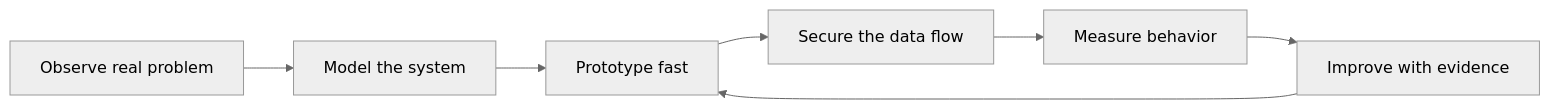
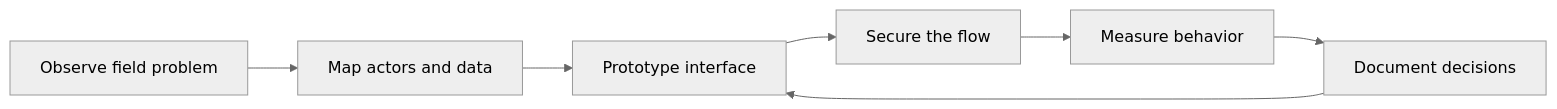
The diagram in README.md (WILLIAMMDN/WILLIAMMDN), drawn with Mermaid (neutral theme) before and after one commit. The commit also changed other lines of this file and 13 other files, not shown here.

````diff
--- a/README.md
+++ b/README.md
@@ -114,9 +74,9 @@
 ```mermaid
 flowchart LR
-  A["Observe real problem"] --> B["Model the system"]
-  B --> C["Prototype fast"]
-  C --> D["Secure the data flow"]
+  A["Observe field problem"] --> B["Map actors and data"]
+  B --> C["Prototype interface"]
+  C --> D["Secure the flow"]
   D --> E["Measure behavior"]
-  E --> F["Improve with evidence"]
+  E --> F["Document decisions"]
   F --> C
 ```
````
